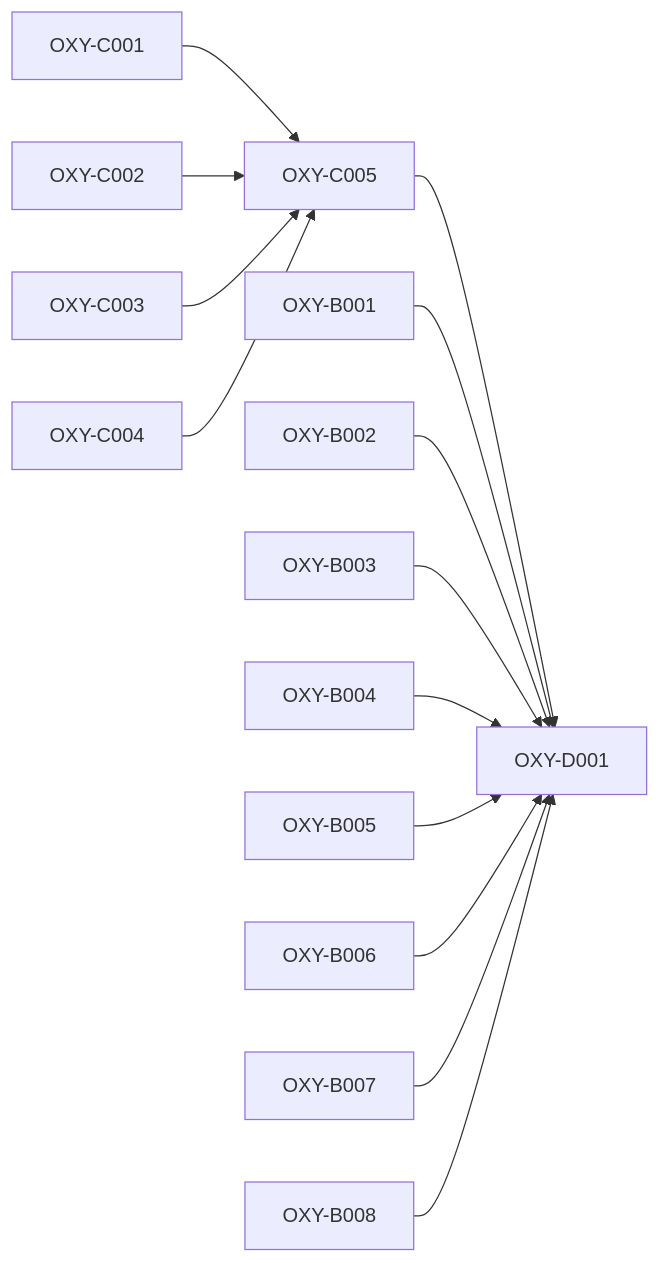
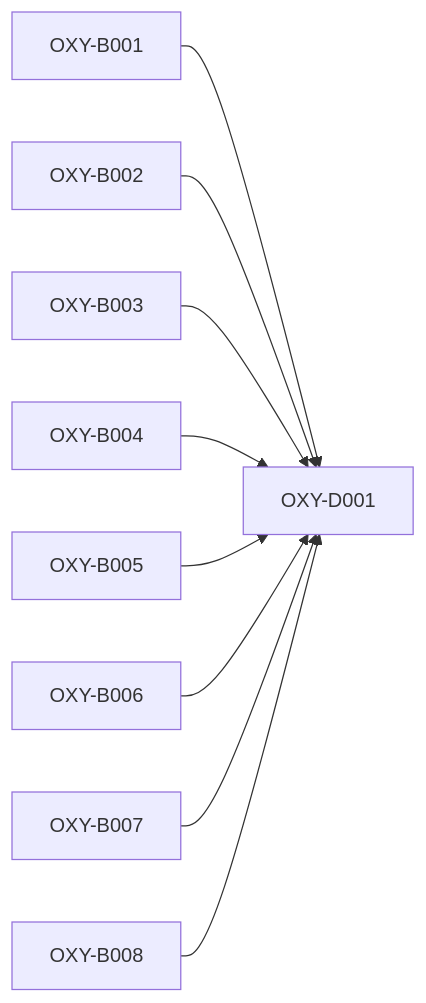
One commit to SkrOYC/oxyflut changed the diagram in .constitution/tasks/critical-path.md. Above: the diagram before and after it, drawn with Mermaid. The commit also changed other lines of this file and 5 other files, not shown here.

````diff
--- a/.constitution/tasks/critical-path.md
+++ b/.constitution/tasks/critical-path.md
@@ -23,16 +26,11 @@
 ```mermaid
 flowchart LR
-    C001[OXY-C001] --> C005[OXY-C005]
-    C002[OXY-C002] --> C005
-    C003[OXY-C003] --> C005
-    C004[OXY-C004] --> C005
-    C005 --> D001[OXY-D001]
-    B001[OXY-B001] --> D001
+    B001[OXY-B001] --> D001[OXY-D001]
     B002[OXY-B002] --> D001
     B003[OXY-B003] --> D001
     B004[OXY-B004] --> D001
     B005[OXY-B005] --> D001
     B006[OXY-B006] --> D001
     B007[OXY-B007] --> D001
     B008[OXY-B008] --> D001
 ```
````
